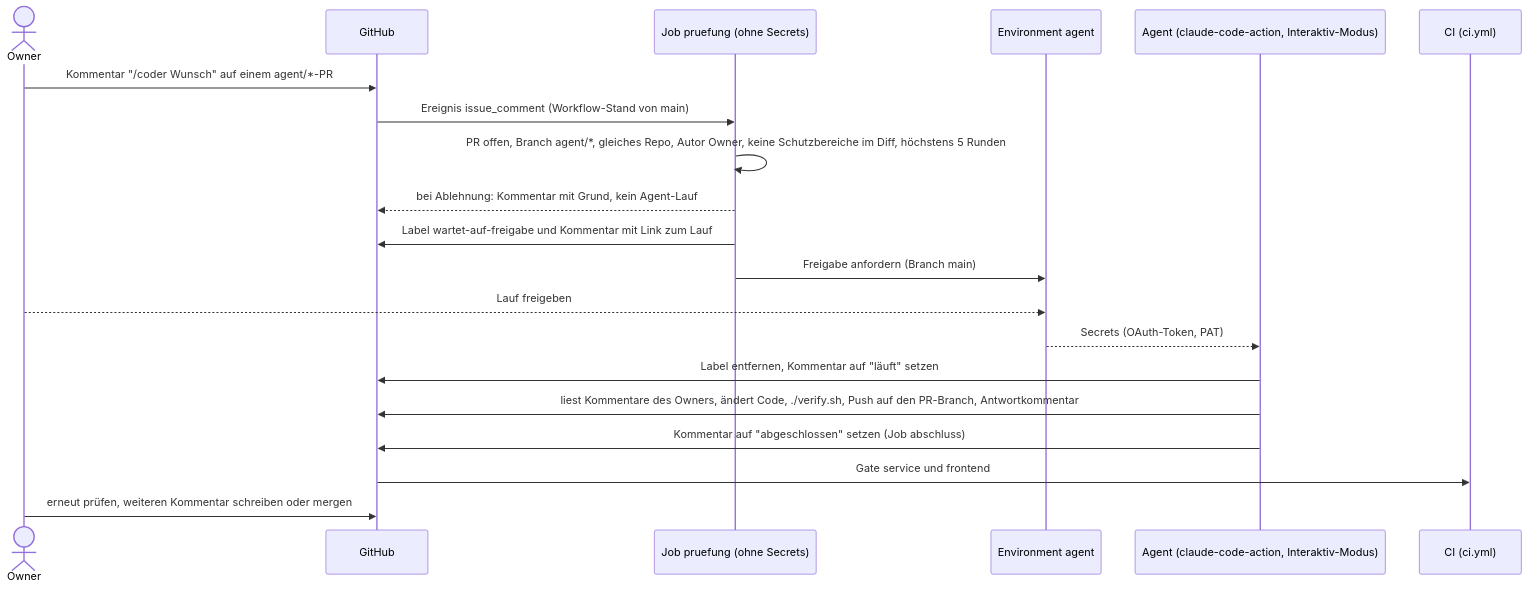
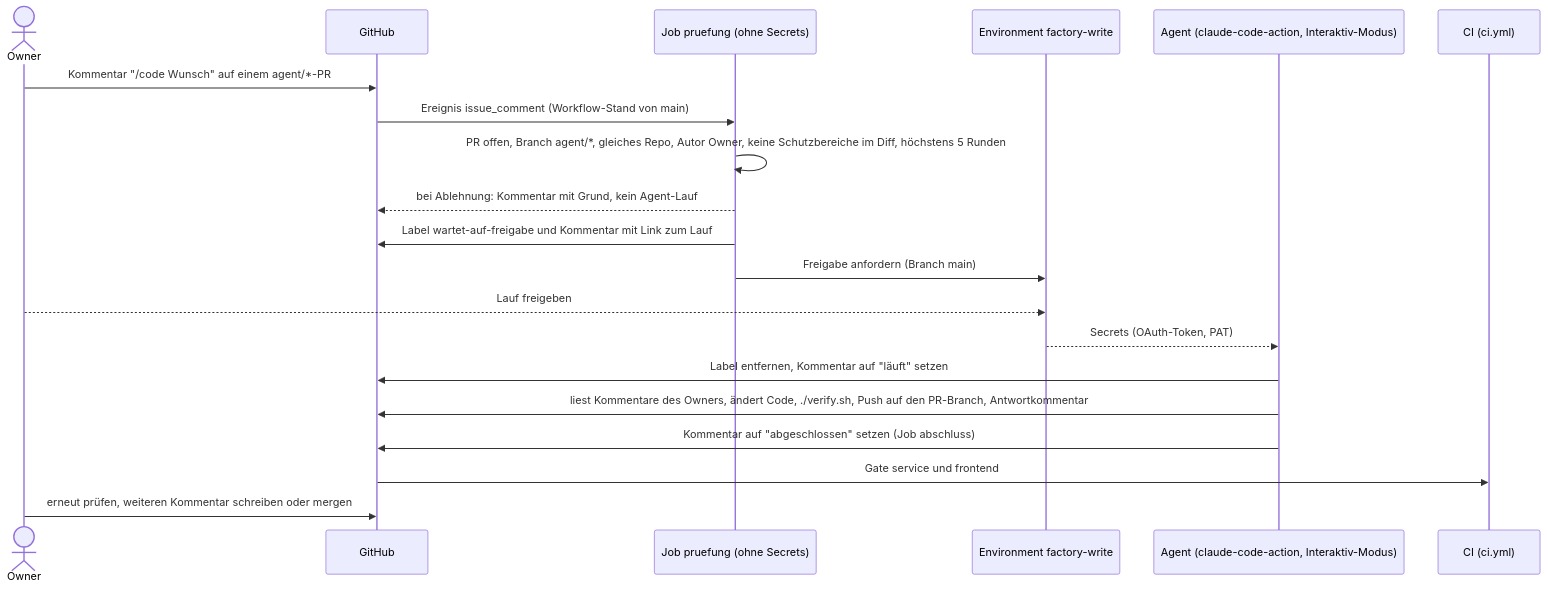
The fifth of 5 diagrams in docs/architecture.md (juheba/sw-factory-tryout), drawn with Mermaid before and after one commit. The commit also changed other lines of this file and 8 other files, not shown here.

First line of the commit message:
feat: Namensumstellung: factory-write, agent-coder, /code, neue Dateinamen (#161)

````diff
--- a/docs/architecture.md
+++ b/docs/architecture.md
@@ -104,22 +104,22 @@
 ```mermaid
 sequenceDiagram
     actor O as Owner
     participant GH as GitHub
     participant P as Job pruefung (ohne Secrets)
-    participant Env as Environment agent
+    participant Env as Environment factory-write
     participant A as Agent (claude-code-action, Interaktiv-Modus)
     participant CI as CI (ci.yml)
-    O->>GH: Kommentar "/coder Wunsch" auf einem agent/*-PR
+    O->>GH: Kommentar "/code Wunsch" auf einem agent/*-PR
     GH->>P: Ereignis issue_comment (Workflow-Stand von main)
     P->>P: PR offen, Branch agent/*, gleiches Repo, Autor Owner, keine Schutzbereiche im Diff, höchstens 5 Runden
     P-->>GH: bei Ablehnung: Kommentar mit Grund, kein Agent-Lauf
     P->>GH: Label wartet-auf-freigabe und Kommentar mit Link zum Lauf
     P->>Env: Freigabe anfordern (Branch main)
     O-->>Env: Lauf freigeben
     Env-->>A: Secrets (OAuth-Token, PAT)
     A->>GH: Label entfernen, Kommentar auf "läuft" setzen
     A->>GH: liest Kommentare des Owners, ändert Code, ./verify.sh, Push auf den PR-Branch, Antwortkommentar
     A->>GH: Kommentar auf "abgeschlossen" setzen (Job abschluss)
     GH->>CI: Gate service und frontend
     O->>GH: erneut prüfen, weiteren Kommentar schreiben oder mergen
 ```
````
